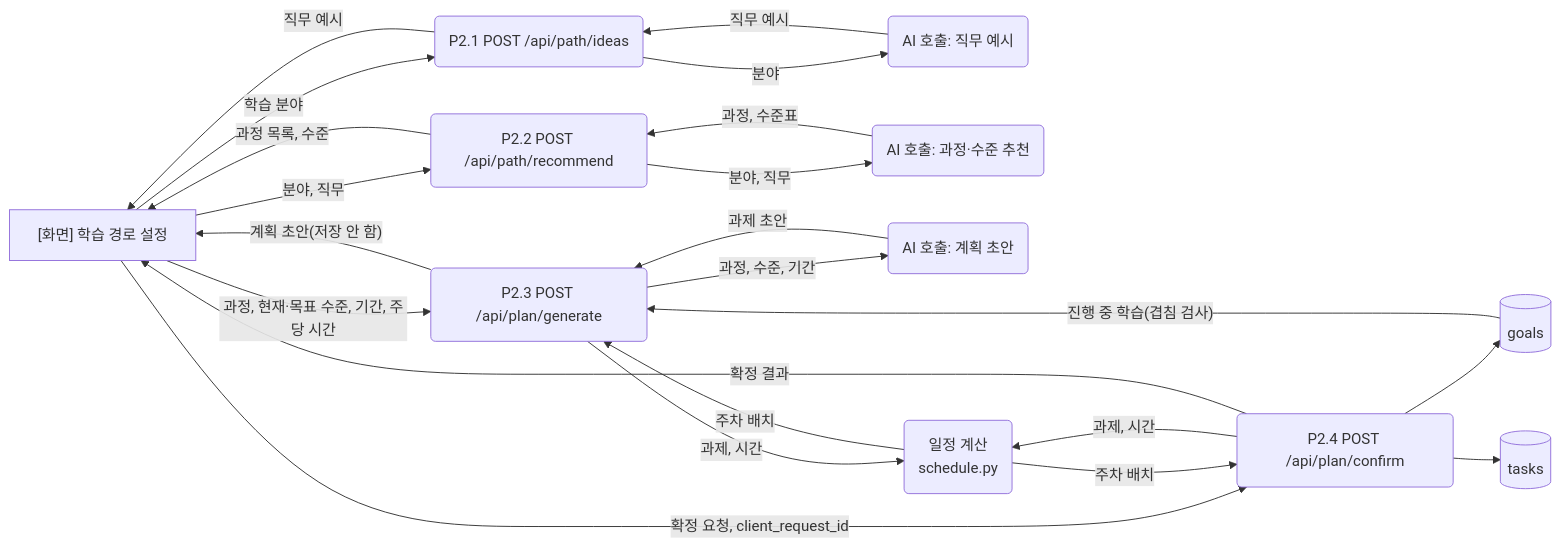
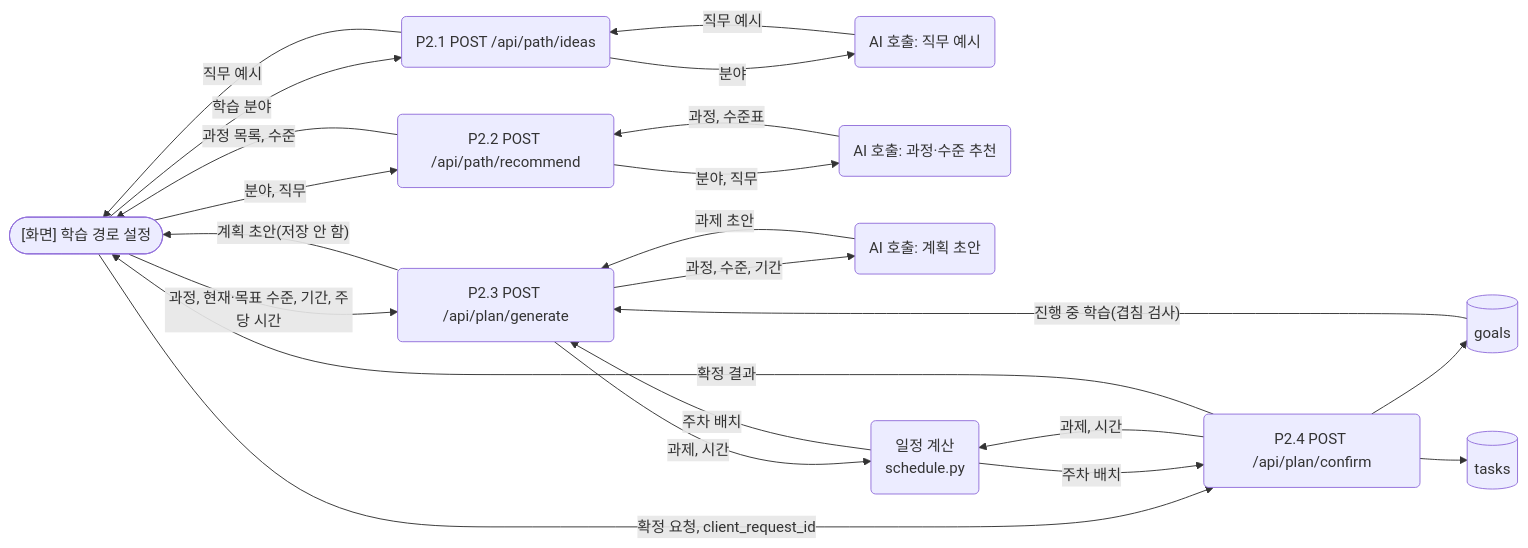
The fifth of 12 diagrams in docs/architecture_dfd.md (yong05610/ai-n-fprj), drawn with Mermaid before and after one commit. The commit also changed other lines of this file, not shown here.

````diff
--- a/docs/architecture_dfd.md
+++ b/docs/architecture_dfd.md
@@ -192,36 +192,36 @@
 ```mermaid
 flowchart LR
-    S["[화면] 학습 경로 설정"]
+    S(["[화면] 학습 경로 설정"])
     P21("P2.1 POST /api/path/ideas")
     P22("P2.2 POST /api/path/recommend")
     P23("P2.3 POST /api/plan/generate")
     P24("P2.4 POST /api/plan/confirm")
     A1("AI 호출: 직무 예시")
     A2("AI 호출: 과정·수준 추천")
     A3("AI 호출: 계획 초안")
     SH("일정 계산<br/>schedule.py")
     DG[("goals")]
     DT[("tasks")]
 
     S -->|"학습 분야"| P21
     P21 -->|"분야"| A1
     A1 -->|"직무 예시"| P21
     P21 -->|"직무 예시"| S
     S -->|"분야, 직무"| P22
     P22 -->|"분야, 직무"| A2
     A2 -->|"과정, 수준표"| P22
     P22 -->|"과정 목록, 수준"| S
     S -->|"과정, 현재·목표 수준, 기간, 주당 시간"| P23
     DG -->|"진행 중 학습(겹침 검사)"| P23
     P23 -->|"과정, 수준, 기간"| A3
     A3 -->|"과제 초안"| P23
     P23 -->|"과제, 시간"| SH
     SH -->|"주차 배치"| P23
     P23 -->|"계획 초안(저장 안 함)"| S
     S -->|"확정 요청, client_request_id"| P24
     P24 -->|"과제, 시간"| SH
     SH -->|"주차 배치"| P24
     P24 --> DG
     P24 --> DT
     P24 -->|"확정 결과"| S
 ```
````
